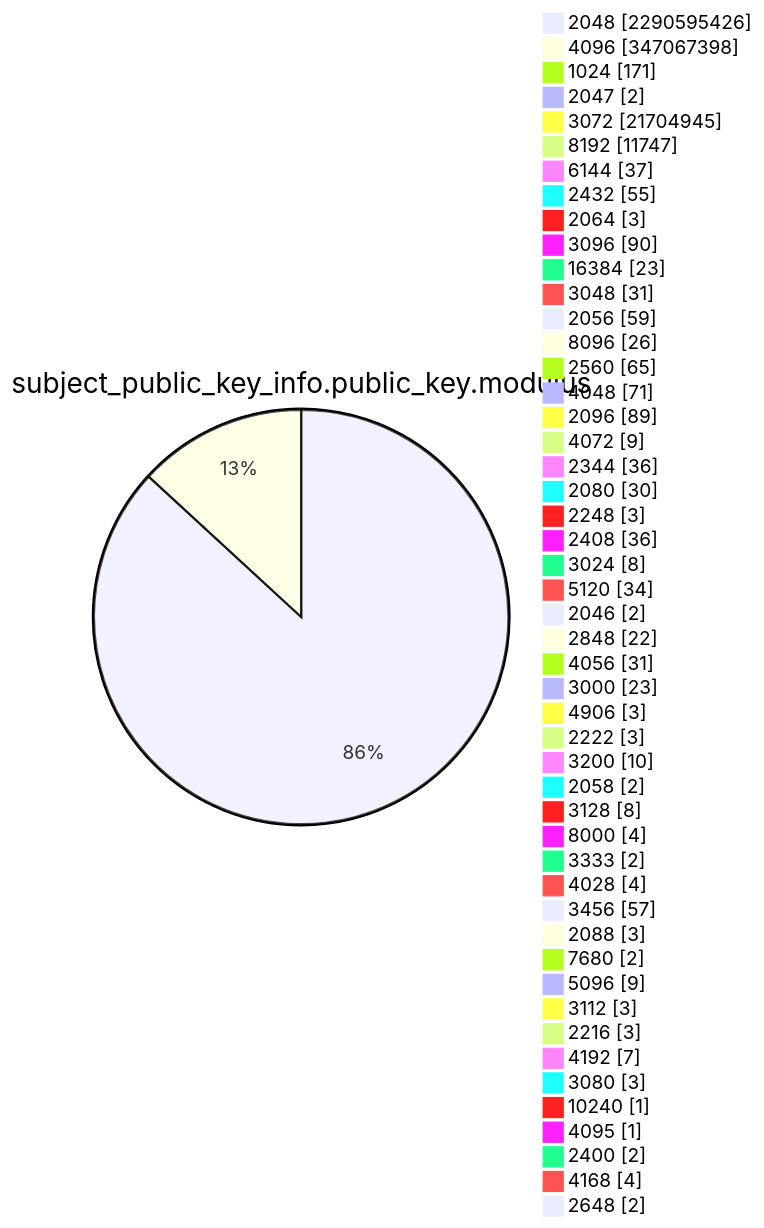
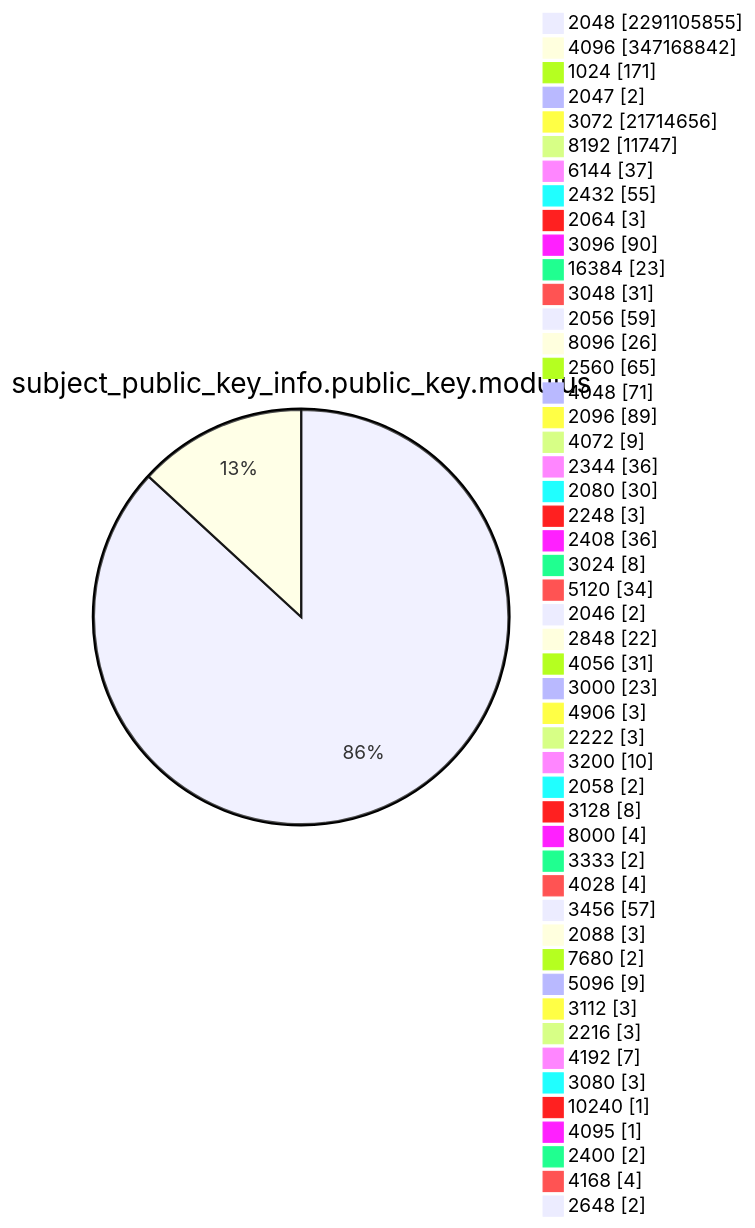
Diagram 13 of 15 in TOTAL/README.md (christiankrug/ctmonitor_visualization), drawn with Mermaid before and after one commit. The commit also changed other lines of this file, not shown here.

````diff
--- a/TOTAL/README.md
+++ b/TOTAL/README.md
@@ -4165,53 +4165,53 @@
 ```mermaid
 pie showData
 title subject_public_key_info.public_key.modulus
-"2048" :2290595426
-"4096" :347067398
+"2048" :2291105855
+"4096" :347168842
 "1024" :171
 "2047" :2
-"3072" :21704945
+"3072" :21714656
 "8192" :11747
 "6144" :37
 "2432" :55
 "2064" :3
 "3096" :90
 "16384" :23
 "3048" :31
 "2056" :59
 "8096" :26
 "2560" :65
 "4048" :71
 "2096" :89
 "4072" :9
 "2344" :36
 "2080" :30
 "2248" :3
 "2408" :36
 "3024" :8
 "5120" :34
 "2046" :2
 "2848" :22
 "4056" :31
 "3000" :23
 "4906" :3
 "2222" :3
 "3200" :10
 "2058" :2
 "3128" :8
 "8000" :4
 "3333" :2
 "4028" :4
 "3456" :57
 "2088" :3
 "7680" :2
 "5096" :9
 "3112" :3
 "2216" :3
 "4192" :7
 "3080" :3
 "10240" :1
 "4095" :1
 "2400" :2
 "4168" :4
 "2648" :2
 ```
````
